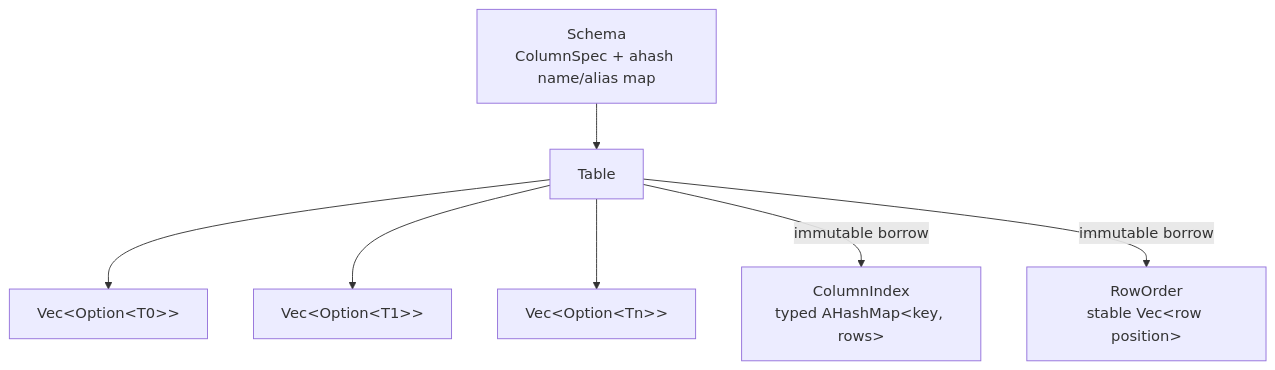
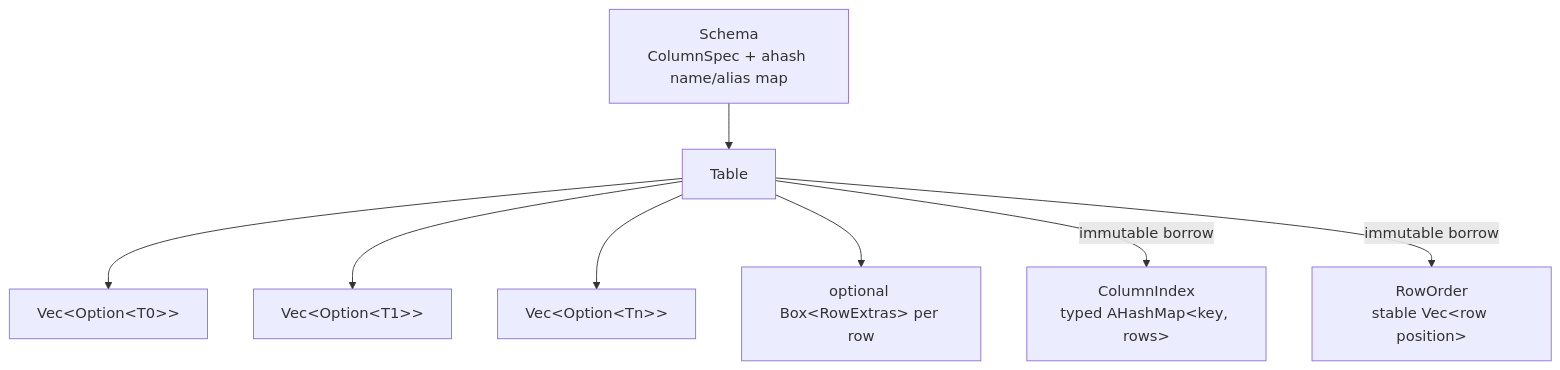
The first of 2 diagrams in docs/high-level/table.md (kjn-void/gd-rs), drawn with Mermaid before and after one commit. The commit also changed other lines of this file and 10 other files, not shown here.

Commit message:
Add open-schema row fields

````diff
--- a/docs/high-level/table.md
+++ b/docs/high-level/table.md
@@ -6,9 +6,10 @@
 ```mermaid
 flowchart TD
     Schema["Schema\nColumnSpec + ahash name/alias map"] --> Table
     Table --> C0["Vec&lt;Option&lt;T0&gt;&gt;"]
     Table --> C1["Vec&lt;Option&lt;T1&gt;&gt;"]
     Table --> CN["Vec&lt;Option&lt;Tn&gt;&gt;"]
+    Table --> Extras["optional Box&lt;RowExtras&gt; per row"]
     Table -->|"immutable borrow"| Index["ColumnIndex\ntyped AHashMap&lt;key, rows&gt;"]
     Table -->|"immutable borrow"| Order["RowOrder\nstable Vec&lt;row position&gt;"]
 ```
````
